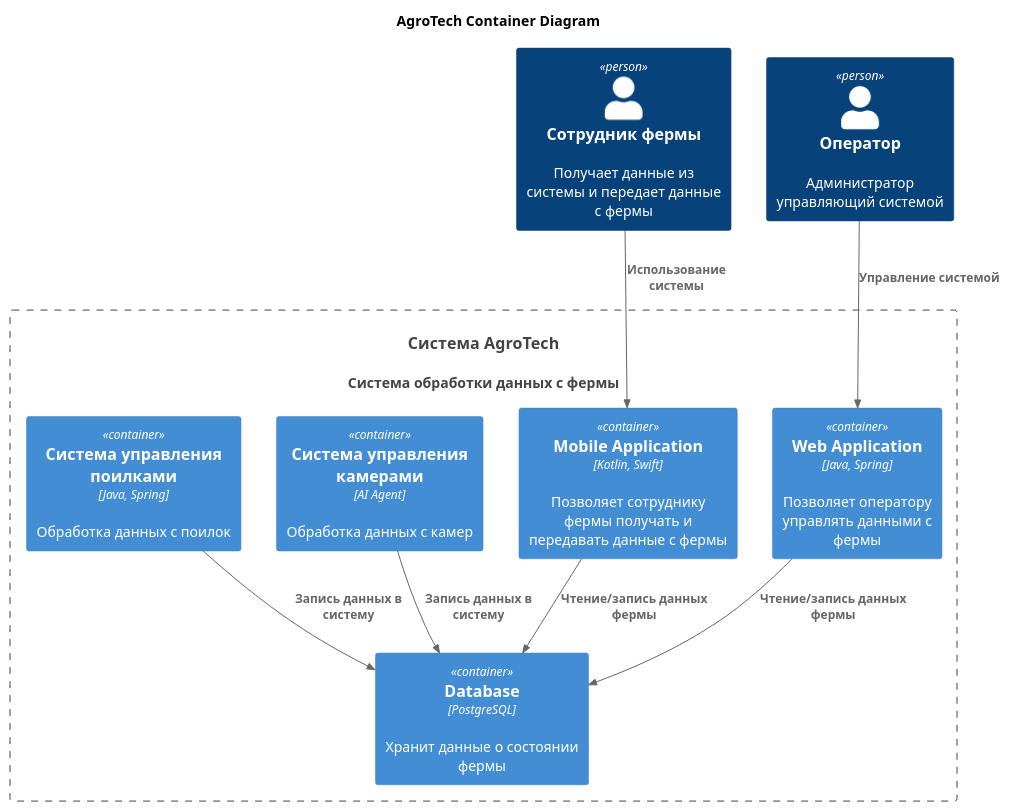
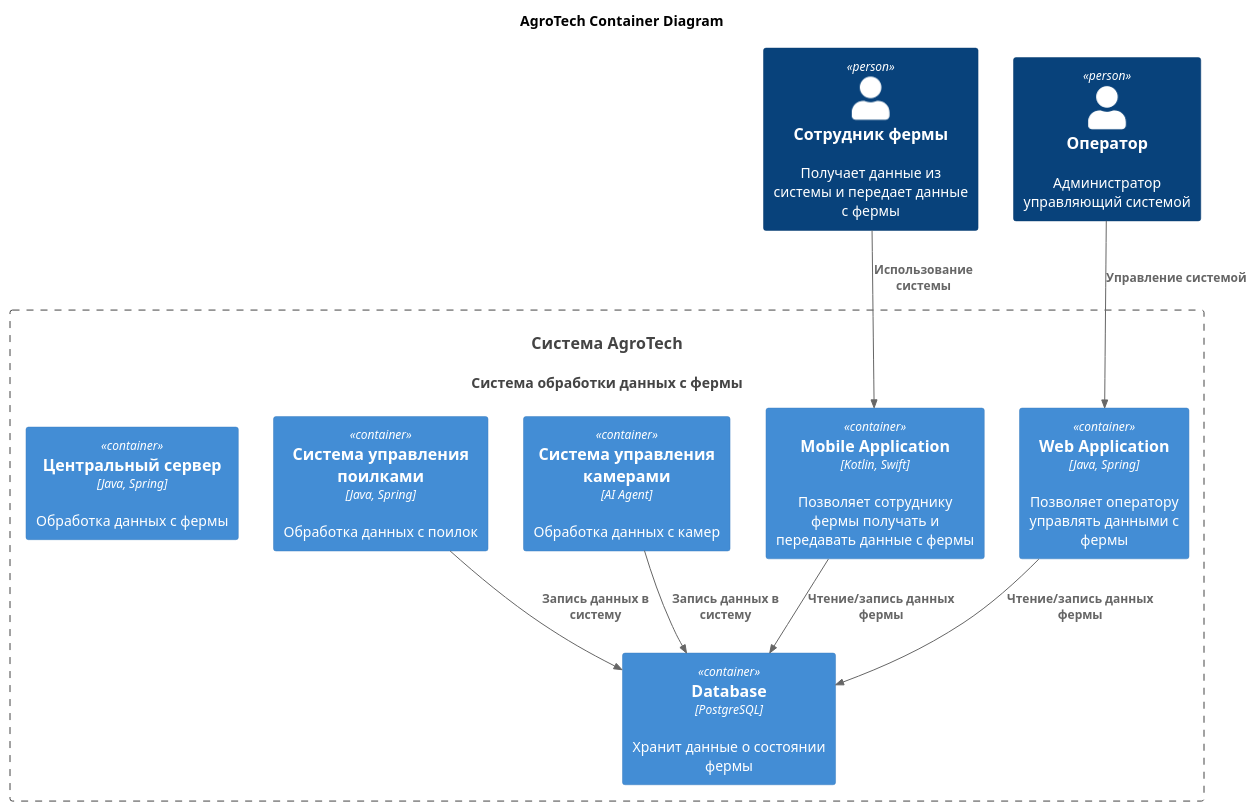
Before and after one commit to ChechelevNF/MSA-AgroTech: the diagram in Task2/Container.puml, drawn with PlantUML. The commit also changed 1 other file, not shown here.

Commit message:
изменил диаграмму контекста

```diff
--- a/Task2/Container.puml
+++ b/Task2/Container.puml
@@ -1,29 +1,30 @@
 @startuml
 title AgroTech Container Diagram
 
 top to bottom direction
 
 !includeurl https://raw.githubusercontent.com/RicardoNiepel/C4-PlantUML/master/C4_Component.puml
 
 Person(rancher, "Сотрудник фермы", "Получает данные из системы и передает данные с фермы")
 Person(operator, "Оператор", "Администратор управляющий системой ")
 System(AgroTechSystem, "Система AgroTech", "Система обработки данных с фермы")
 
 Container_Boundary(AgroTechSystem, "Система AgroTech") {
   Container(WebApp, "Web Application", "Java, Spring", "Позволяет оператору управлять данными с фермы")
   Container(MobileApp, "Mobile Application", "Kotlin, Swift", "Позволяет сотруднику фермы получать и передавать данные с фермы")
   Container(Database, "Database", "PostgreSQL", "Хранит данные о состоянии фермы")
   Container(CameraSystem, "Система управления камерами", "AI Agent", "Обработка данных с камер")
   Container(DrinkingSystem, "Система управления поилками", "Java, Spring", "Обработка данных с поилок")
+  Container(CentralServer, "Центральный сервер", "Java, Spring", "Обработка данных с фермы")
 
 }
 
 Rel(rancher, MobileApp, "Использование системы")
 Rel(CameraSystem, Database, "Запись данных в систему")
 Rel(operator,WebApp,"Управление системой")
 Rel(MobileApp, Database, "Чтение/запись данных фермы")
 Rel(WebApp, Database, "Чтение/запись данных фермы")
 Rel(DrinkingSystem, Database, "Запись данных в систему")
 
 
 @enduml
```
